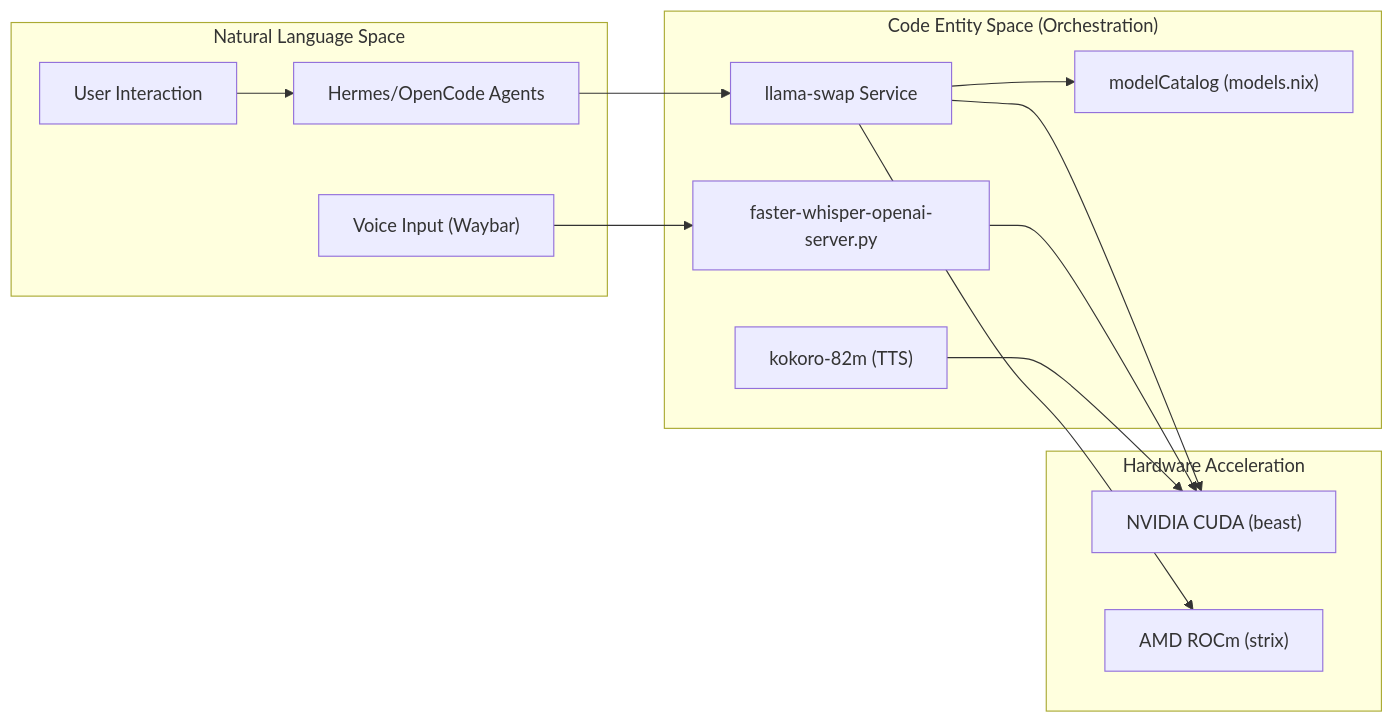
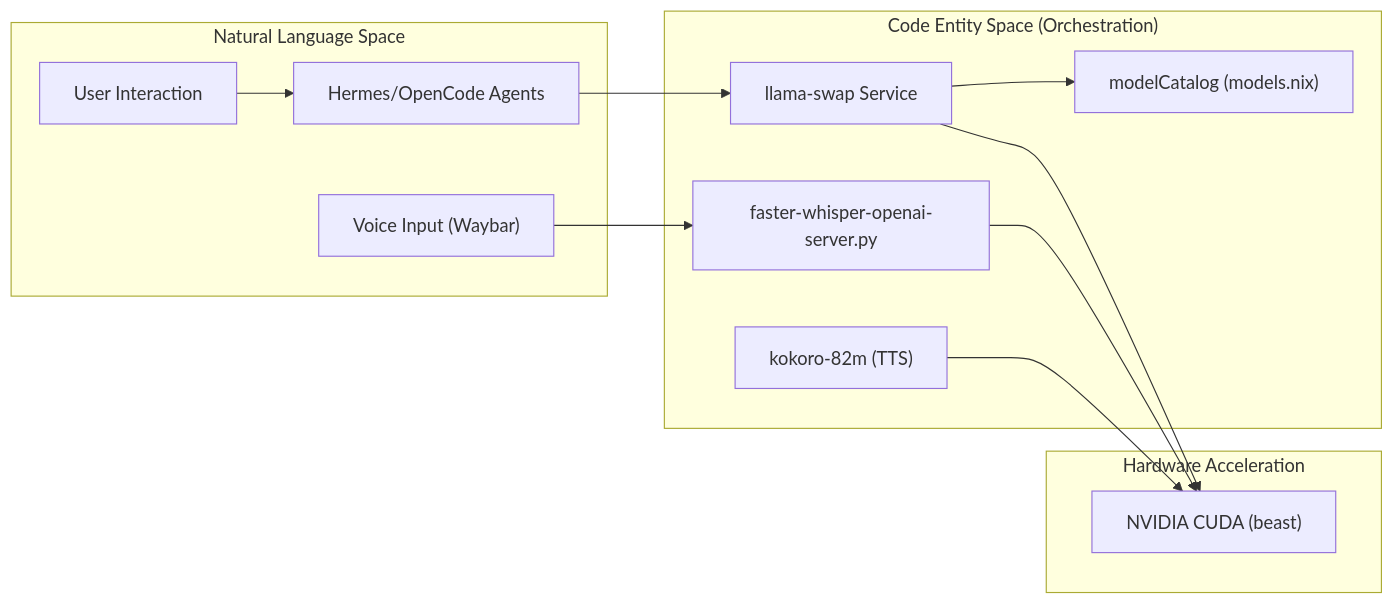
Before and after one commit to Cody-W-Tucker/nix-config: the first of 2 diagrams in docs/Local-AI-Infrastructure.md, drawn with Mermaid. The commit also changed other lines of this file and 41 other files, not shown here.

````diff
--- a/docs/Local-AI-Infrastructure.md
+++ b/docs/Local-AI-Infrastructure.md
@@ -23,26 +13,24 @@
 ```mermaid
 flowchart LR
     subgraph subGraph2 ["Hardware Acceleration"]
         CUDA["NVIDIA CUDA (beast)"]
-        ROCm["AMD ROCm (strix)"]
     end
     subgraph subGraph1 ["Code Entity Space (Orchestration)"]
         LSwap["llama-swap Service"]
         MCatalog["modelCatalog (models.nix)"]
         FWhisper["faster-whisper-openai-server.py"]
         KTTS["kokoro-82m (TTS)"]
     end
     subgraph subGraph0 ["Natural Language Space"]
         User["User Interaction"]
         Voice["Voice Input (Waybar)"]
         Agents["Hermes/OpenCode Agents"]
     end
     User --> Agents
     Voice --> FWhisper
     Agents --> LSwap
     LSwap --> MCatalog
     LSwap --> CUDA
-    LSwap --> ROCm
     FWhisper --> CUDA
     KTTS --> CUDA
 ```
````
